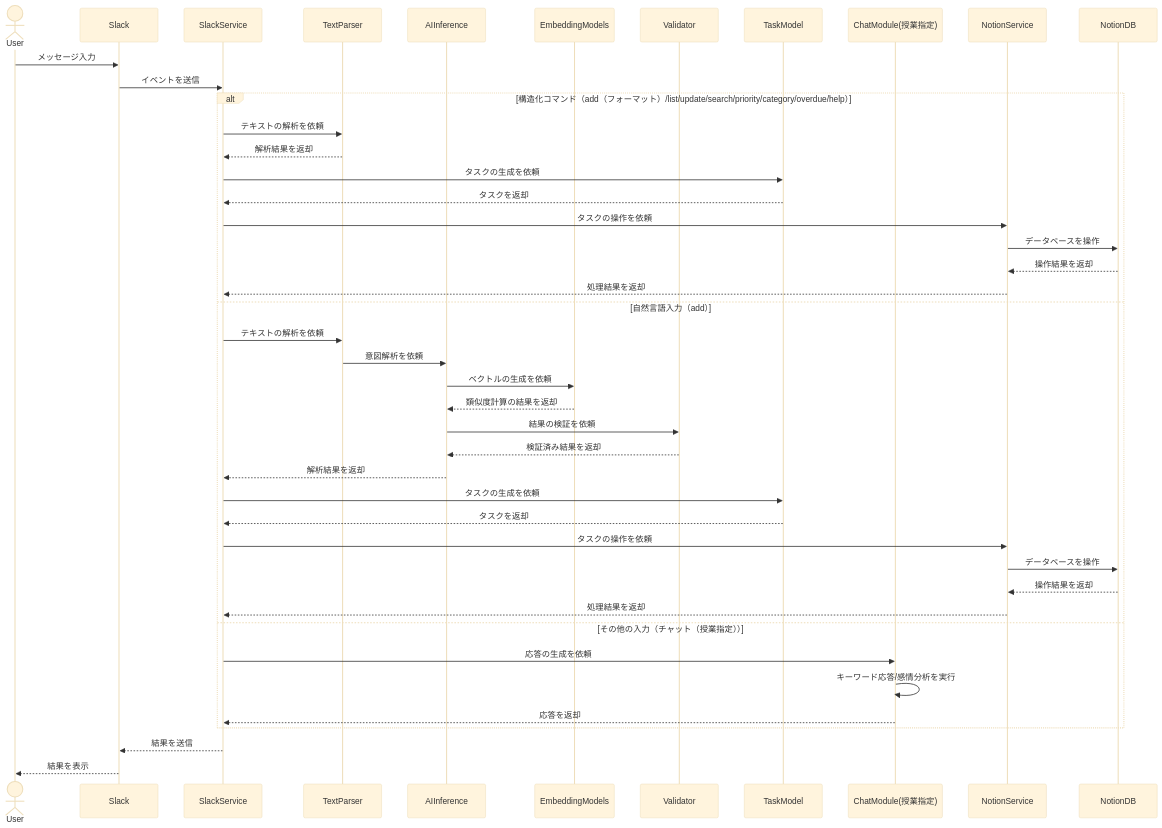
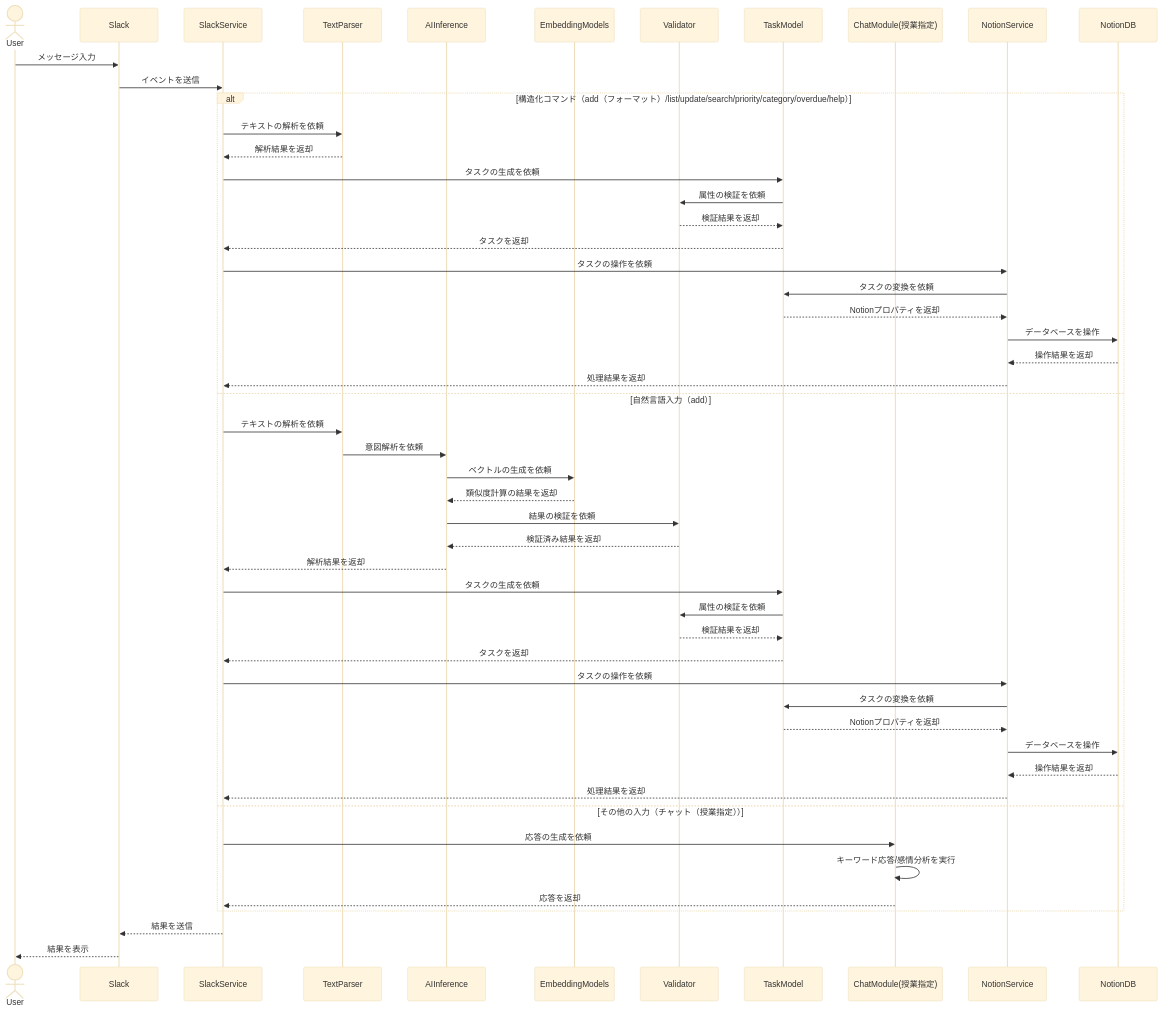
One commit to YL08140921/Task-Manager-for-Slack-bot changed the third of 3 diagrams in docs/システム概要.md. Above: the diagram before and after it, drawn with Mermaid (base theme).

Commit message:
システム概要のdocs-修正

````diff
--- a/docs/システム概要.md
+++ b/docs/システム概要.md
@@ -129,49 +129,57 @@
 ```mermaid
 sequenceDiagram
     actor User
     participant Slack
     participant SS as SlackService
     participant TP as TextParser
     participant AI as AIInference
     participant EM as EmbeddingModels
     participant Val as Validator
     participant TM as TaskModel
     participant CM as ChatModule(授業指定)    
     participant NS as NotionService
     participant Notion as NotionDB
 
     User->>Slack: メッセージ入力
     Slack->>SS: イベントを送信
 
     alt 構造化コマンド（add（フォーマット）/list/update/search/priority/category/overdue/help）
         SS->>TP: テキストの解析を依頼
         TP-->>SS: 解析結果を返却
         SS->>TM: タスクの生成を依頼
+        TM->>Val: 属性の検証を依頼
+        Val-->>TM: 検証結果を返却
         TM-->>SS: タスクを返却
         SS->>NS: タスクの操作を依頼
+        NS->>TM: タスクの変換を依頼
+        TM-->>NS: Notionプロパティを返却
         NS->>Notion: データベースを操作
         Notion-->>NS: 操作結果を返却
         NS-->>SS: 処理結果を返却
     else 自然言語入力（add）
         SS->>TP: テキストの解析を依頼
         TP->>AI: 意図解析を依頼
         AI->>EM: ベクトルの生成を依頼
         EM-->>AI: 類似度計算の結果を返却
         AI->>Val: 結果の検証を依頼
         Val-->>AI: 検証済み結果を返却
         AI-->>SS: 解析結果を返却
         SS->>TM: タスクの生成を依頼
+        TM->>Val: 属性の検証を依頼
+        Val-->>TM: 検証結果を返却
         TM-->>SS: タスクを返却
         SS->>NS: タスクの操作を依頼
+        NS->>TM: タスクの変換を依頼
+        TM-->>NS: Notionプロパティを返却
         NS->>Notion: データベースを操作
         Notion-->>NS: 操作結果を返却
         NS-->>SS: 処理結果を返却
     else その他の入力（チャット（授業指定））
         SS->>CM: 応答の生成を依頼
         CM->>CM: キーワード応答/感情分析を実行
         CM-->>SS: 応答を返却
     end
 
     SS-->>Slack: 結果を送信
     Slack-->>User: 結果を表示
 ```
````
